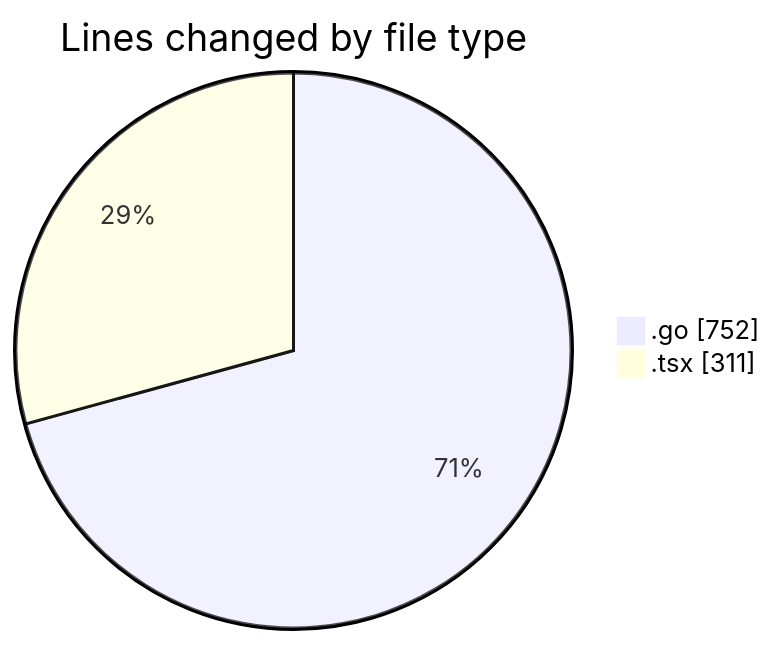
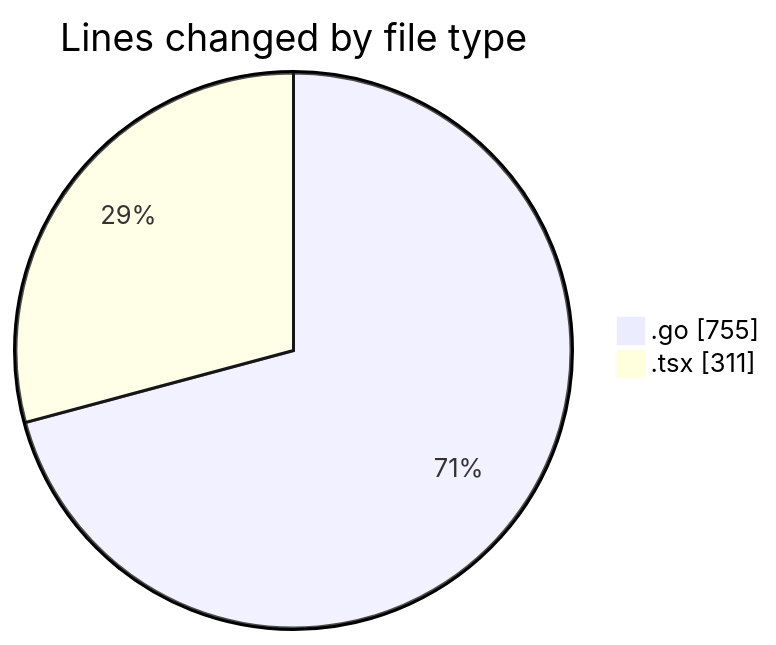
Before and after one commit to robertbonfada/code-tracking: the first of 2 diagrams in 2025-03-01/termonied_testador/README.md, drawn with Mermaid. The commit also changed other lines of this file and 1 other file, not shown here.

````diff
--- a/2025-03-01/termonied_testador/README.md
+++ b/2025-03-01/termonied_testador/README.md
@@ -28,6 +28,6 @@
 ```mermaid
 pie showData
 title Lines changed by file type
-".go" : 752
+".go" : 755
 ".tsx" : 311
 ```
````
